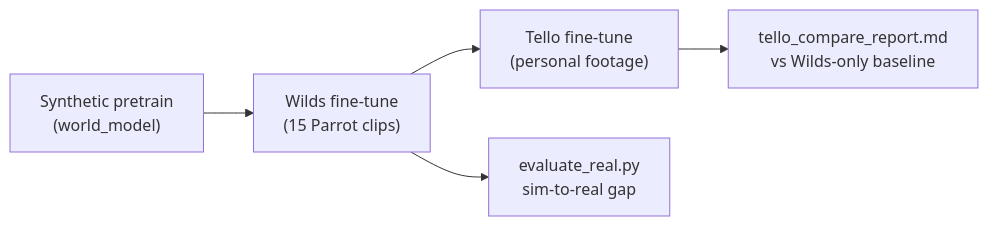
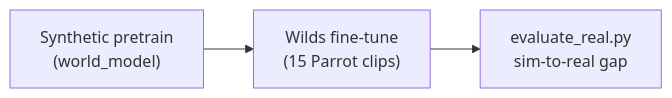
One commit to JMangold0352/aerojepa changed the first of 2 diagrams in README.md. Above: the diagram before and after it, drawn with Mermaid. The commit also changed other lines of this file and 37 other files, not shown here.

````diff
--- a/README.md
+++ b/README.md
@@ -112,7 +170,5 @@
 ```mermaid
 flowchart LR
   synth["Synthetic pretrain\n(world_model)"] --> wilds["Wilds fine-tune\n(15 Parrot clips)"]
-  wilds --> tello["Tello fine-tune\n(personal footage)"]
   wilds --> eval["evaluate_real.py\nsim-to-real gap"]
-  tello --> report["tello_compare_report.md\nvs Wilds-only baseline"]
 ```
````
